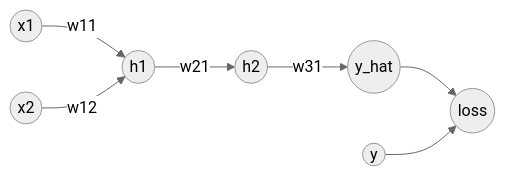
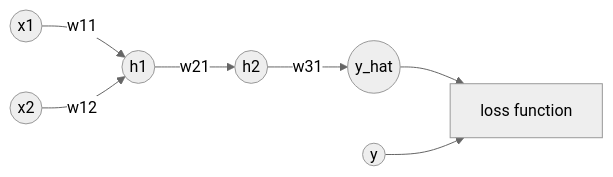
The diagram in slides/04-neuralnetworks.qmd (w4bo/AA2627-unibo-mldm), drawn with Mermaid (neutral theme) before and after one commit. The commit also changed other lines of this file and 1 other file, not shown here.

````diff
--- a/slides/04-neuralnetworks.qmd
+++ b/slides/04-neuralnetworks.qmd
@@ -670,18 +661,18 @@
 ```{mermaid}
 %%| echo: false
 flowchart LR
     X1(("x1"))
     X2(("x2"))
     H1(("h1"))
     H2(("h2"))
     YH(("y_hat"))
     Y(("y"))
-    C(("loss"))
+    C["loss function"]
 
     X1 -- "w11" --> H1
     X2 -- "w12" --> H1
     H1 -- "w21" --> H2
     H2 -- "w31" --> YH
     YH --> C
     Y --> C
 ```
````
